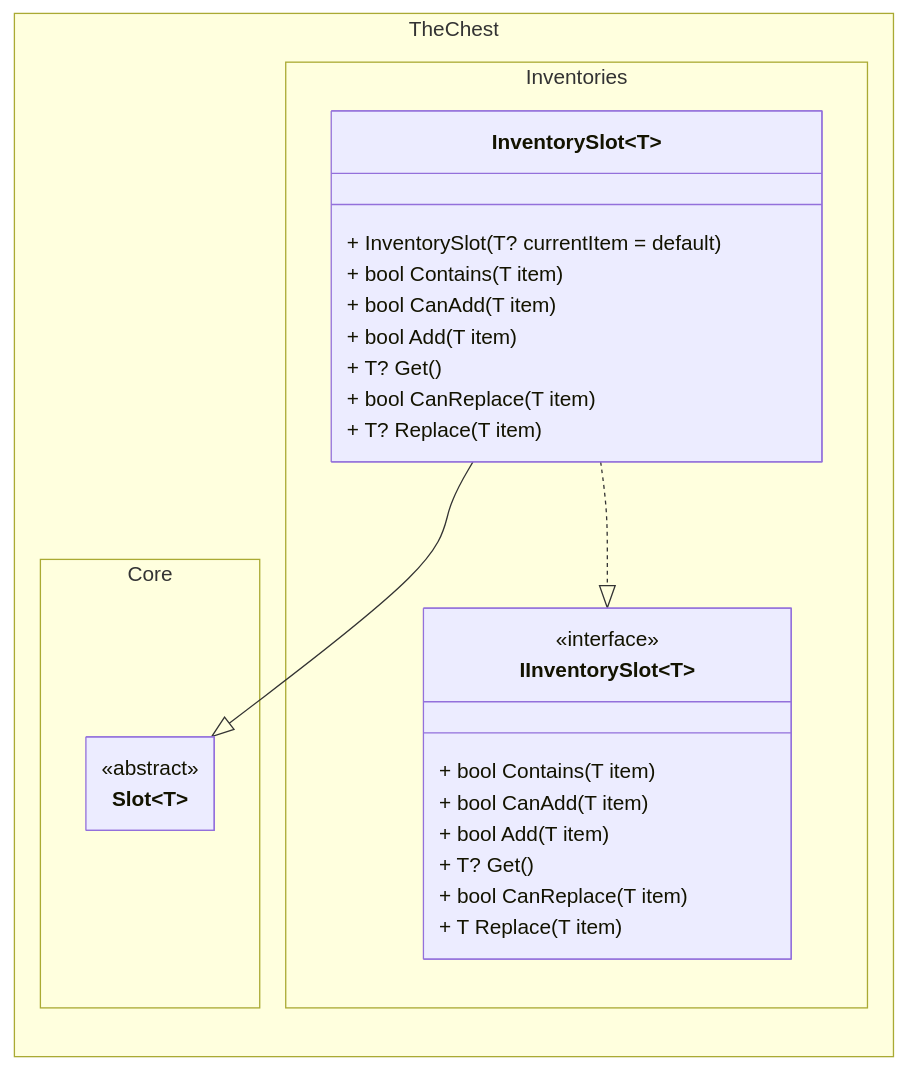
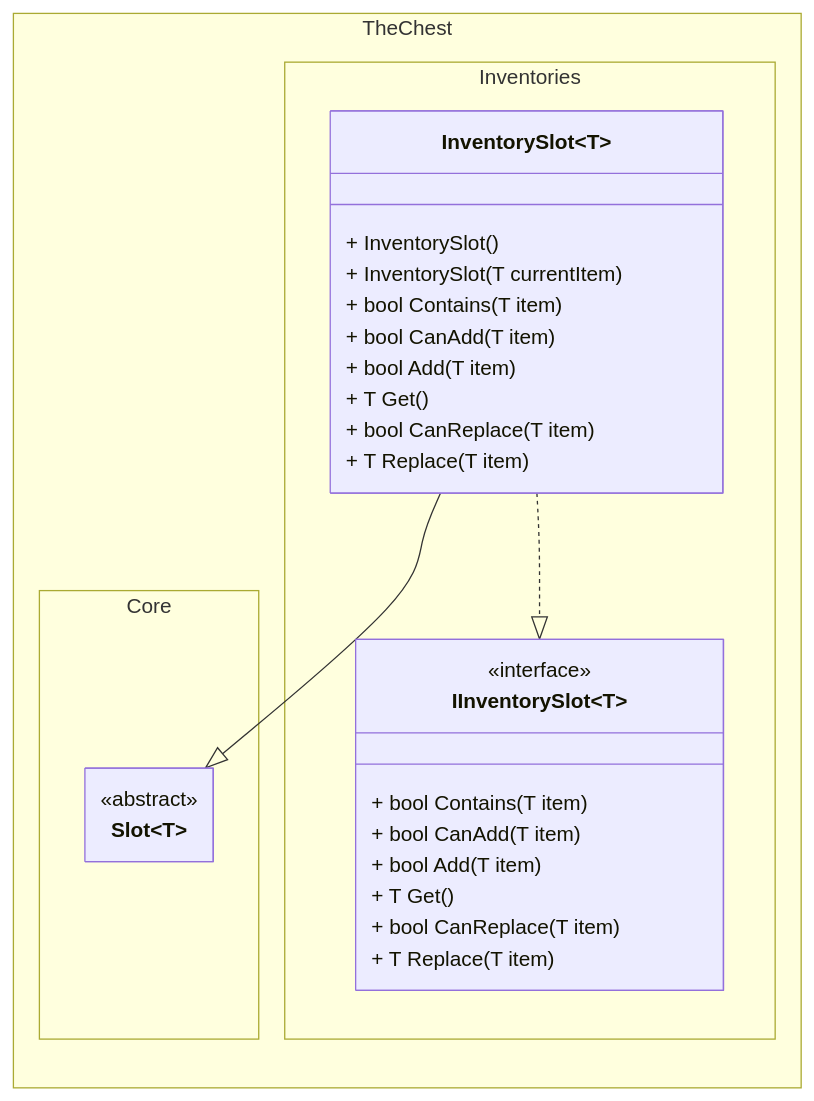
The second of 2 diagrams in docs/inventory/class_diagram.md (The-Chest/TheChest.Inventories), drawn with Mermaid before and after one commit. The commit also changed other lines of this file and 88 other files, not shown here.

````diff
--- a/docs/inventory/class_diagram.md
+++ b/docs/inventory/class_diagram.md
@@ -116,49 +121,50 @@
 ```mermaid
 ---
 config:
   theme: mc
   look: classic
   class:
     hideEmptyMembersBox: true
 ---
 classDiagram
 direction BT
 
 namespace TheChest.Core {
     class Slot~T~ {
     }
 }
 <<abstract>> Slot
 
 namespace TheChest.Inventories {
     class IInventorySlot~T~ {
         + bool Contains(T item)
 
         + bool CanAdd(T item)
         + bool Add(T item)
 
-        + T? Get()
+        + T Get()
 
         + bool CanReplace(T item)
         + T Replace(T item)
     }
     class InventorySlot~T~ {
-        + InventorySlot(T? currentItem = default)
+        + InventorySlot()
+        + InventorySlot(T currentItem)
 
         + bool Contains(T item)
 
         + bool CanAdd(T item)
         + bool Add(T item)
 
-        + T? Get()
+        + T Get()
 
         + bool CanReplace(T item)
-        + T? Replace(T item)
+        + T Replace(T item)
     }
 }
 
 <<interface>> IInventorySlot
 
 InventorySlot~T~ --|> Slot~T~ 
 InventorySlot~T~ ..|> IInventorySlot~T~
 ```
````
